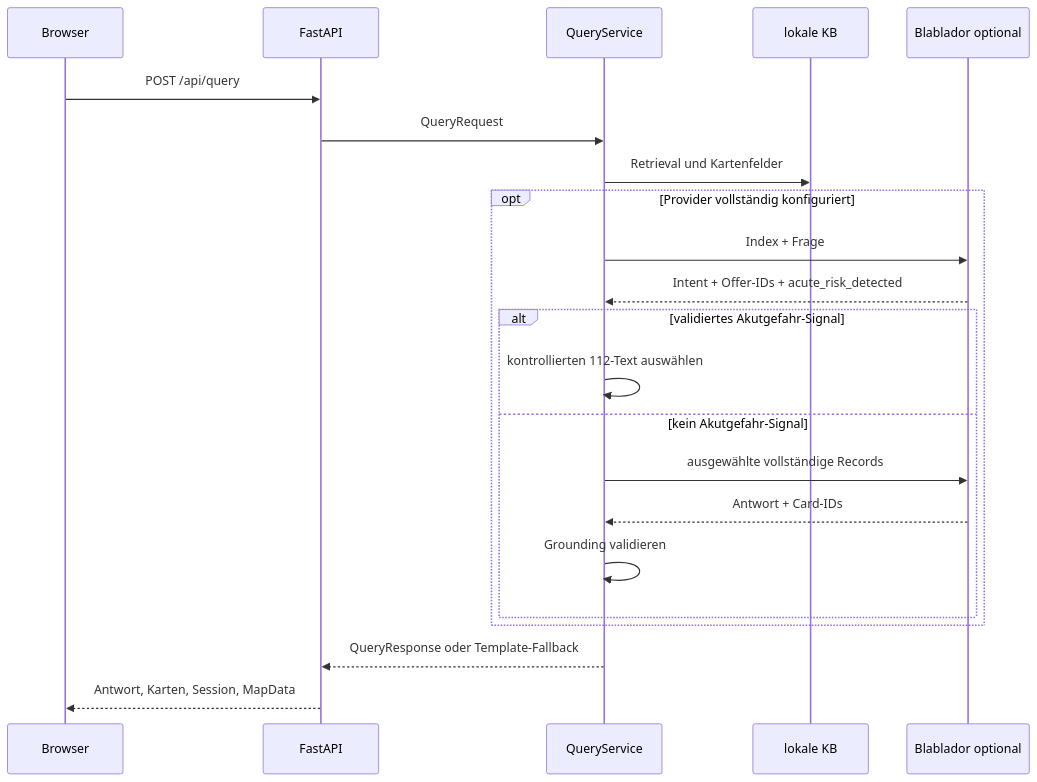
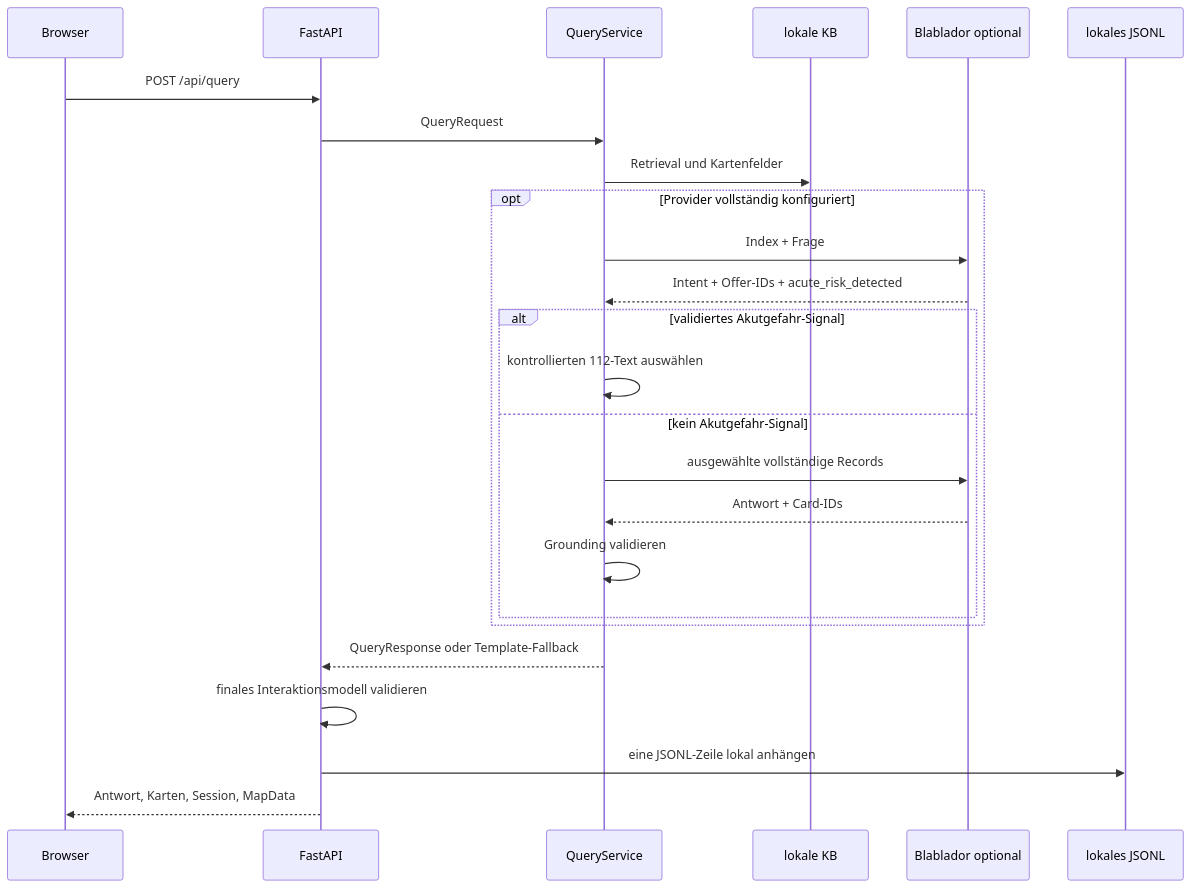
One commit to HannahHoffner/lena-grounded-voice-assistant changed the diagram in docs/data-flow.md. Above: the diagram before and after it, drawn with Mermaid. The commit also changed other lines of this file and 7 other files, not shown here.

````diff
--- a/docs/data-flow.md
+++ b/docs/data-flow.md
@@ -5,24 +5,27 @@
 ```mermaid
 sequenceDiagram
     participant B as Browser
     participant A as FastAPI
     participant S as QueryService
     participant K as lokale KB
     participant L as Blablador optional
+    participant J as lokales JSONL
     B->>A: POST /api/query
     A->>S: QueryRequest
     S->>K: Retrieval und Kartenfelder
     opt Provider vollständig konfiguriert
         S->>L: Index + Frage
         L-->>S: Intent + Offer-IDs + acute_risk_detected
         alt validiertes Akutgefahr-Signal
             S->>S: kontrollierten 112-Text auswählen
         else kein Akutgefahr-Signal
             S->>L: ausgewählte vollständige Records
             L-->>S: Antwort + Card-IDs
             S->>S: Grounding validieren
         end
     end
     S-->>A: QueryResponse oder Template-Fallback
+    A->>A: finales Interaktionsmodell validieren
+    A->>J: eine JSONL-Zeile lokal anhängen
     A-->>B: Antwort, Karten, Session, MapData
 ```
````
